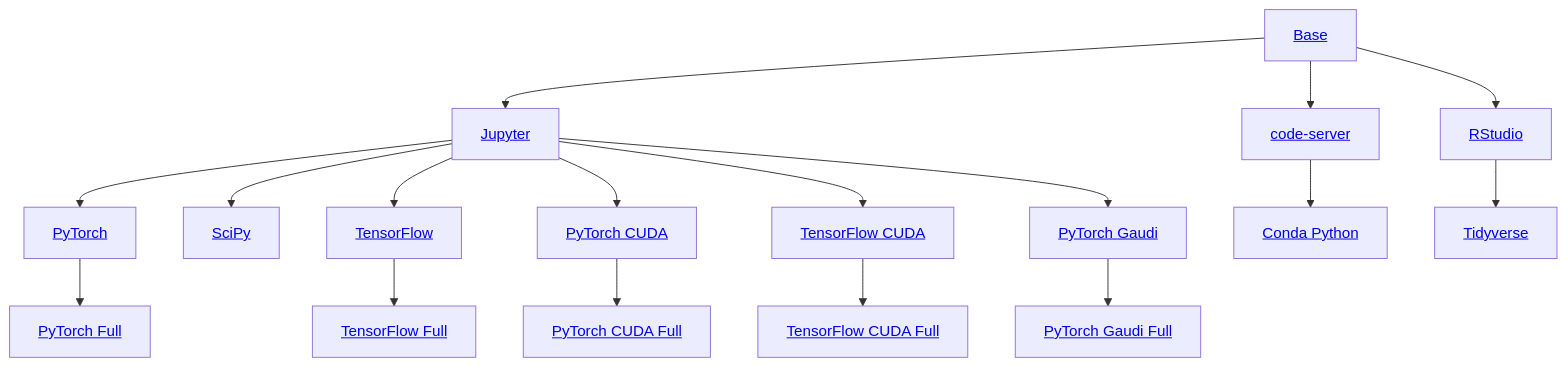
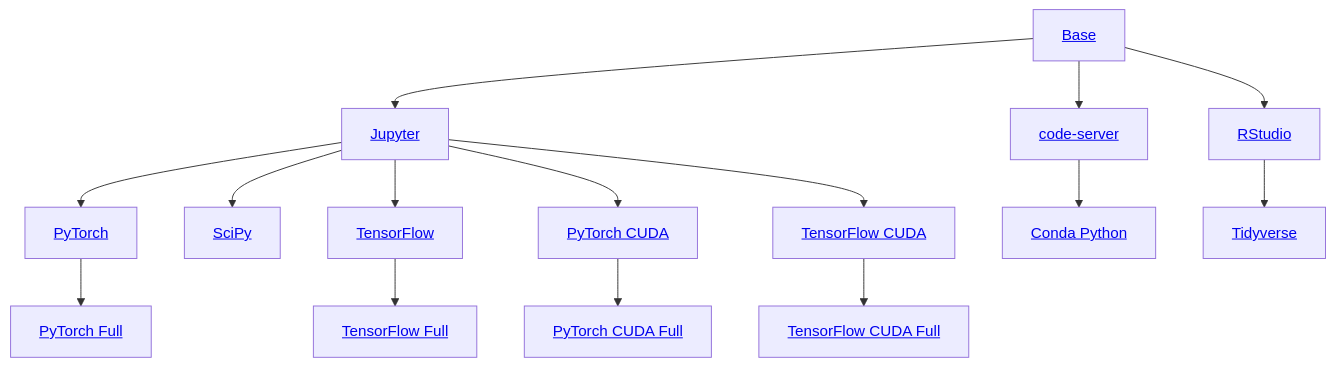
One commit to kubeflow/notebooks changed the diagram in components/example-notebook-servers/README.md. Above: the diagram before and after it, drawn with Mermaid. The commit also changed other lines of this file and 11 other files, not shown here.

Commit message:
chore: remove gaudi example images for now

````diff
--- a/components/example-notebook-servers/README.md
+++ b/components/example-notebook-servers/README.md
@@ -12,26 +12,23 @@
 ```mermaid
 graph TD
   Base[<a href='https://github.com/kubeflow/kubeflow/tree/master/components/example-notebook-servers/base'>Base</a>] --> Jupyter[<a href='https://github.com/kubeflow/kubeflow/tree/master/components/example-notebook-servers/jupyter'>Jupyter</a>]
   Base --> Code-Server[<a href='https://github.com/kubeflow/kubeflow/tree/master/components/example-notebook-servers/codeserver'>code-server</a>]
   Base --> RStudio[<a href='https://github.com/kubeflow/kubeflow/tree/master/components/example-notebook-servers/rstudio'>RStudio</a>]
 
   Jupyter --> PyTorch[<a href='https://github.com/kubeflow/kubeflow/tree/master/components/example-notebook-servers/jupyter-pytorch'>PyTorch</a>]
   Jupyter --> SciPy[<a href='https://github.com/kubeflow/kubeflow/tree/master/components/example-notebook-servers/jupyter-scipy'>SciPy</a>]
   Jupyter --> TensorFlow[<a href='https://github.com/kubeflow/kubeflow/tree/master/components/example-notebook-servers/jupyter-tensorflow'>TensorFlow</a>]
 
   Code-Server --> Code-Server-Conda-Python[<a href='https://github.com/kubeflow/kubeflow/tree/master/components/example-notebook-servers/codeserver-python'>Conda Python</a>]
   RStudio --> Tidyverse[<a href='https://github.com/kubeflow/kubeflow/tree/master/components/example-notebook-servers/rstudio-tidyverse'>Tidyverse</a>]
 
   PyTorch --> PyTorchFull[<a href='https://github.com/kubeflow/kubeflow/tree/master/components/example-notebook-servers/jupyter-pytorch-full'>PyTorch Full</a>]
   TensorFlow --> TensorFlowFull[<a href='https://github.com/kubeflow/kubeflow/tree/master/components/example-notebook-servers/jupyter-tensorflow-full'>TensorFlow Full</a>]
 
   Jupyter --> PyTorchCuda[<a href='https://github.com/kubeflow/kubeflow/tree/master/components/example-notebook-servers/jupyter-pytorch-cuda'>PyTorch CUDA</a>]
   Jupyter --> TensorFlowCuda[<a href='https://github.com/kubeflow/kubeflow/tree/master/components/example-notebook-servers/jupyter-tensorflow-cuda'>TensorFlow CUDA</a>]
 
   PyTorchCuda --> PyTorchCudaFull[<a href='https://github.com/kubeflow/kubeflow/tree/master/components/example-notebook-servers/jupyter-pytorch-cuda-full'>PyTorch CUDA Full</a>]
   TensorFlowCuda --> TensorFlowCudaFull[<a href='https://github.com/kubeflow/kubeflow/tree/master/components/example-notebook-servers/jupyter-tensorflow-cuda-full'>TensorFlow CUDA Full</a>]
 
-  Jupyter --> PyTorchGaudi[<a href='https://github.com/kubeflow/kubeflow/tree/master/components/example-notebook-servers/jupyter-pytorch-gaudi'>PyTorch Gaudi</a>]
-  PyTorchGaudi --> PyTorchGaudiFull[<a href='https://github.com/kubeflow/kubeflow/tree/master/components/example-notebook-servers/jupyter-pytorch-gaudi-full'>PyTorch Gaudi Full</a>]
-
 ```
````
